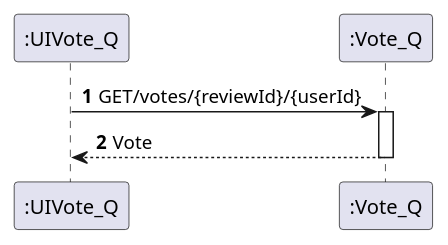
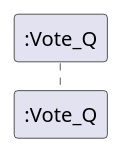
The diagram in Vote1_Q/Documentação/N2/getVoteByReviewIdAndUserId.puml (1201441BrunoPereira/Trabalho2Votes), drawn with PlantUML before and after one commit. The commit also changed 8 other files, not shown here.

Commit message:
Atualização Diagramas

```diff
--- a/Vote1_Q/Documentação/N2/getVoteByReviewIdAndUserId.puml
+++ b/Vote1_Q/Documentação/N2/getVoteByReviewIdAndUserId.puml
@@ -1,12 +1,9 @@
 @startuml
 'https://plantuml.com/sequence-diagram
 
 autoactivate on
 autonumber
 
-participant ":UIVote_Q" as vote
-participant ":Vote_Q" as vote1
+participant ":Vote_Q" as vote
 
-vote -> vote1: GET/votes/{reviewId}/{userId}
-vote1 --> vote: Vote
 @enduml
```
